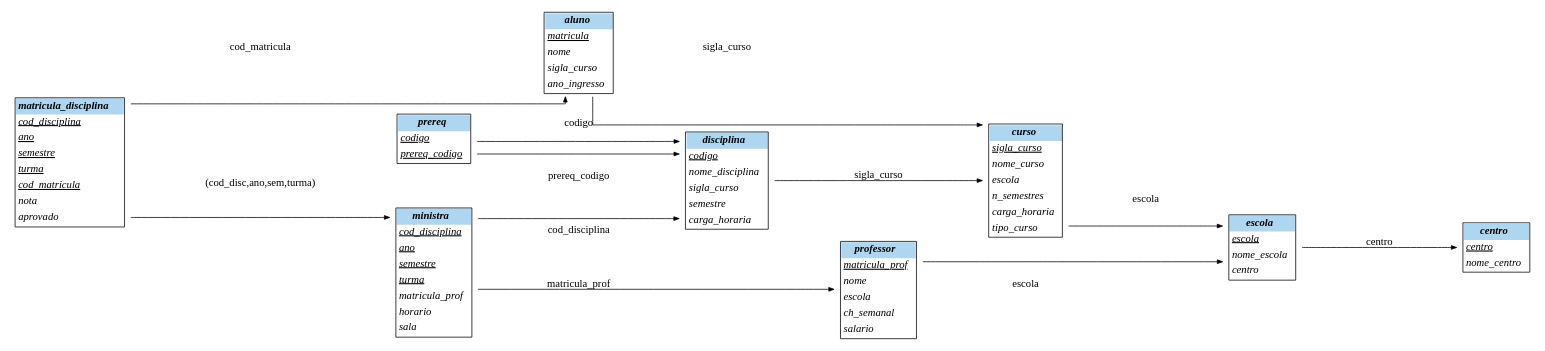
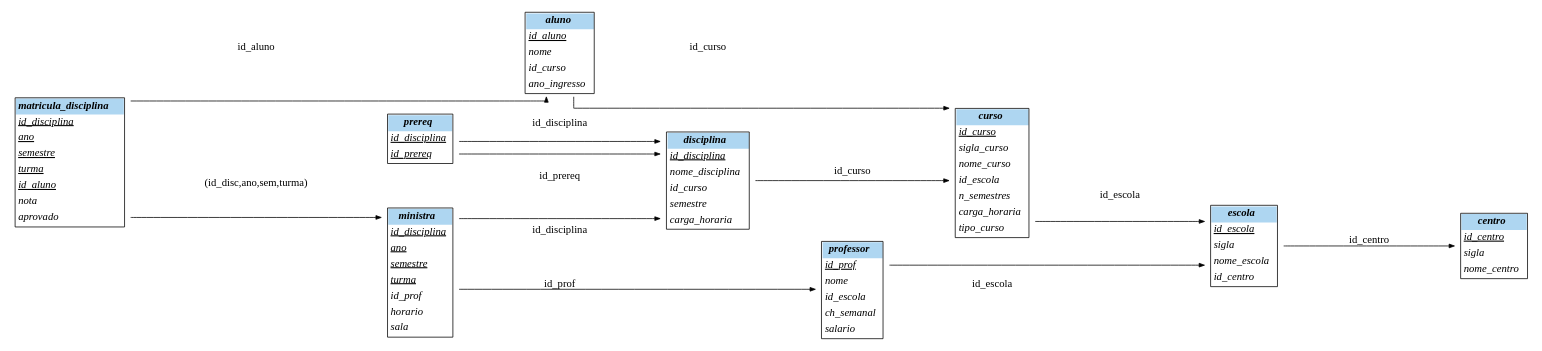
Before and after one commit to BragaD/UnDF-BancodeDados-202601: the second of 2 diagrams in content/cap01/00-exemplo.qmd, drawn with Graphviz. The commit also changed other lines of this file and 45 other files, not shown here.

````diff
--- a/content/cap01/00-exemplo.qmd
+++ b/content/cap01/00-exemplo.qmd
@@ -286,7 +286,8 @@
   centro [label=<
     <TABLE BORDER="1" CELLBORDER="0" CELLSPACING="0" CELLPADDING="3" BGCOLOR="white">
       <TR><TD BGCOLOR="#AED6F1" ALIGN="CENTER"><I><B>centro</B></I></TD></TR>
-      <TR><TD ALIGN="LEFT"><U><I>centro</I></U></TD></TR>
+      <TR><TD ALIGN="LEFT"><U><I>id_centro</I></U></TD></TR>
+      <TR><TD ALIGN="LEFT"><I>sigla</I></TD></TR>
       <TR><TD ALIGN="LEFT"><I>nome_centro</I></TD></TR>
     </TABLE>
   >];
@@ -294,18 +295,20 @@
   escola [label=<
     <TABLE BORDER="1" CELLBORDER="0" CELLSPACING="0" CELLPADDING="3" BGCOLOR="white">
       <TR><TD BGCOLOR="#AED6F1" ALIGN="CENTER"><I><B>escola</B></I></TD></TR>
-      <TR><TD ALIGN="LEFT"><U><I>escola</I></U></TD></TR>
+      <TR><TD ALIGN="LEFT"><U><I>id_escola</I></U></TD></TR>
+      <TR><TD ALIGN="LEFT"><I>sigla</I></TD></TR>
       <TR><TD ALIGN="LEFT"><I>nome_escola</I></TD></TR>
-      <TR><TD ALIGN="LEFT"><I>centro</I></TD></TR>
+      <TR><TD ALIGN="LEFT"><I>id_centro</I></TD></TR>
     </TABLE>
   >];
 
   curso [label=<
     <TABLE BORDER="1" CELLBORDER="0" CELLSPACING="0" CELLPADDING="3" BGCOLOR="white">
       <TR><TD BGCOLOR="#AED6F1" ALIGN="CENTER"><I><B>curso</B></I></TD></TR>
-      <TR><TD ALIGN="LEFT"><U><I>sigla_curso</I></U></TD></TR>
+      <TR><TD ALIGN="LEFT"><U><I>id_curso</I></U></TD></TR>
+      <TR><TD ALIGN="LEFT"><I>sigla_curso</I></TD></TR>
       <TR><TD ALIGN="LEFT"><I>nome_curso</I></TD></TR>
-      <TR><TD ALIGN="LEFT"><I>escola</I></TD></TR>
+      <TR><TD ALIGN="LEFT"><I>id_escola</I></TD></TR>
       <TR><TD ALIGN="LEFT"><I>n_semestres</I></TD></TR>
       <TR><TD ALIGN="LEFT"><I>carga_horaria</I></TD></TR>
       <TR><TD ALIGN="LEFT"><I>tipo_curso</I></TD></TR>
@@ -315,9 +318,9 @@
   professor [label=<
     <TABLE BORDER="1" CELLBORDER="0" CELLSPACING="0" CELLPADDING="3" BGCOLOR="white">
       <TR><TD BGCOLOR="#AED6F1" ALIGN="CENTER"><I><B>professor</B></I></TD></TR>
-      <TR><TD ALIGN="LEFT"><U><I>matricula_prof</I></U></TD></TR>
+      <TR><TD ALIGN="LEFT"><U><I>id_prof</I></U></TD></TR>
       <TR><TD ALIGN="LEFT"><I>nome</I></TD></TR>
-      <TR><TD ALIGN="LEFT"><I>escola</I></TD></TR>
+      <TR><TD ALIGN="LEFT"><I>id_escola</I></TD></TR>
       <TR><TD ALIGN="LEFT"><I>ch_semanal</I></TD></TR>
       <TR><TD ALIGN="LEFT"><I>salario</I></TD></TR>
     </TABLE>
@@ -326,9 +329,9 @@
   aluno [label=<
     <TABLE BORDER="1" CELLBORDER="0" CELLSPACING="0" CELLPADDING="3" BGCOLOR="white">
       <TR><TD BGCOLOR="#AED6F1" ALIGN="CENTER"><I><B>aluno</B></I></TD></TR>
-      <TR><TD ALIGN="LEFT"><U><I>matricula</I></U></TD></TR>
+      <TR><TD ALIGN="LEFT"><U><I>id_aluno</I></U></TD></TR>
       <TR><TD ALIGN="LEFT"><I>nome</I></TD></TR>
-      <TR><TD ALIGN="LEFT"><I>sigla_curso</I></TD></TR>
+      <TR><TD ALIGN="LEFT"><I>id_curso</I></TD></TR>
       <TR><TD ALIGN="LEFT"><I>ano_ingresso</I></TD></TR>
     </TABLE>
   >];
@@ -336,9 +339,9 @@
   disciplina [label=<
     <TABLE BORDER="1" CELLBORDER="0" CELLSPACING="0" CELLPADDING="3" BGCOLOR="white">
       <TR><TD BGCOLOR="#AED6F1" ALIGN="CENTER"><I><B>disciplina</B></I></TD></TR>
-      <TR><TD ALIGN="LEFT"><U><I>codigo</I></U></TD></TR>
+      <TR><TD ALIGN="LEFT"><U><I>id_disciplina</I></U></TD></TR>
       <TR><TD ALIGN="LEFT"><I>nome_disciplina</I></TD></TR>
-      <TR><TD ALIGN="LEFT"><I>sigla_curso</I></TD></TR>
+      <TR><TD ALIGN="LEFT"><I>id_curso</I></TD></TR>
       <TR><TD ALIGN="LEFT"><I>semestre</I></TD></TR>
       <TR><TD ALIGN="LEFT"><I>carga_horaria</I></TD></TR>
     </TABLE>
@@ -347,19 +350,19 @@
   prereq [label=<
     <TABLE BORDER="1" CELLBORDER="0" CELLSPACING="0" CELLPADDING="3" BGCOLOR="white">
       <TR><TD BGCOLOR="#AED6F1" ALIGN="CENTER"><I><B>prereq</B></I></TD></TR>
-      <TR><TD ALIGN="LEFT"><U><I>codigo</I></U></TD></TR>
-      <TR><TD ALIGN="LEFT"><U><I>prereq_codigo</I></U></TD></TR>
+      <TR><TD ALIGN="LEFT"><U><I>id_disciplina</I></U></TD></TR>
+      <TR><TD ALIGN="LEFT"><U><I>id_prereq</I></U></TD></TR>
     </TABLE>
   >];
 
   ministra [label=<
     <TABLE BORDER="1" CELLBORDER="0" CELLSPACING="0" CELLPADDING="3" BGCOLOR="white">
       <TR><TD BGCOLOR="#AED6F1" ALIGN="CENTER"><I><B>ministra</B></I></TD></TR>
-      <TR><TD ALIGN="LEFT"><U><I>cod_disciplina</I></U></TD></TR>
+      <TR><TD ALIGN="LEFT"><U><I>id_disciplina</I></U></TD></TR>
       <TR><TD ALIGN="LEFT"><U><I>ano</I></U></TD></TR>
       <TR><TD ALIGN="LEFT"><U><I>semestre</I></U></TD></TR>
       <TR><TD ALIGN="LEFT"><U><I>turma</I></U></TD></TR>
-      <TR><TD ALIGN="LEFT"><I>matricula_prof</I></TD></TR>
+      <TR><TD ALIGN="LEFT"><I>id_prof</I></TD></TR>
       <TR><TD ALIGN="LEFT"><I>horario</I></TD></TR>
       <TR><TD ALIGN="LEFT"><I>sala</I></TD></TR>
     </TABLE>
@@ -368,27 +371,27 @@
   mat_disc [label=<
     <TABLE BORDER="1" CELLBORDER="0" CELLSPACING="0" CELLPADDING="3" BGCOLOR="white">
       <TR><TD BGCOLOR="#AED6F1" ALIGN="CENTER"><I><B>matricula_disciplina</B></I></TD></TR>
-      <TR><TD ALIGN="LEFT"><U><I>cod_disciplina</I></U></TD></TR>
+      <TR><TD ALIGN="LEFT"><U><I>id_disciplina</I></U></TD></TR>
       <TR><TD ALIGN="LEFT"><U><I>ano</I></U></TD></TR>
       <TR><TD ALIGN="LEFT"><U><I>semestre</I></U></TD></TR>
       <TR><TD ALIGN="LEFT"><U><I>turma</I></U></TD></TR>
-      <TR><TD ALIGN="LEFT"><U><I>cod_matricula</I></U></TD></TR>
+      <TR><TD ALIGN="LEFT"><U><I>id_aluno</I></U></TD></TR>
       <TR><TD ALIGN="LEFT"><I>nota</I></TD></TR>
       <TR><TD ALIGN="LEFT"><I>aprovado</I></TD></TR>
     </TABLE>
   >];
 
   /* FKs */
-  escola    -> centro     [label="centro"];
-  curso     -> escola     [label="escola"];
-  professor -> escola     [label="escola"];
-  aluno     -> curso      [label="sigla_curso"];
-  disciplina -> curso     [label="sigla_curso"];
-  prereq    -> disciplina [label="codigo"];
-  prereq    -> disciplina [label="prereq_codigo"];
-  ministra  -> disciplina [label="cod_disciplina"];
-  ministra  -> professor  [label="matricula_prof"];
-  mat_disc  -> ministra   [label="(cod_disc,ano,sem,turma)"];
-  mat_disc  -> aluno      [label="cod_matricula"];
+  escola    -> centro     [label="id_centro"];
+  curso     -> escola     [label="id_escola"];
+  professor -> escola     [label="id_escola"];
+  aluno     -> curso      [label="id_curso"];
+  disciplina -> curso     [label="id_curso"];
+  prereq    -> disciplina [label="id_disciplina"];
+  prereq    -> disciplina [label="id_prereq"];
+  ministra  -> disciplina [label="id_disciplina"];
+  ministra  -> professor  [label="id_prof"];
+  mat_disc  -> ministra   [label="(id_disc,ano,sem,turma)"];
+  mat_disc  -> aluno      [label="id_aluno"];
 }
 ```
````
